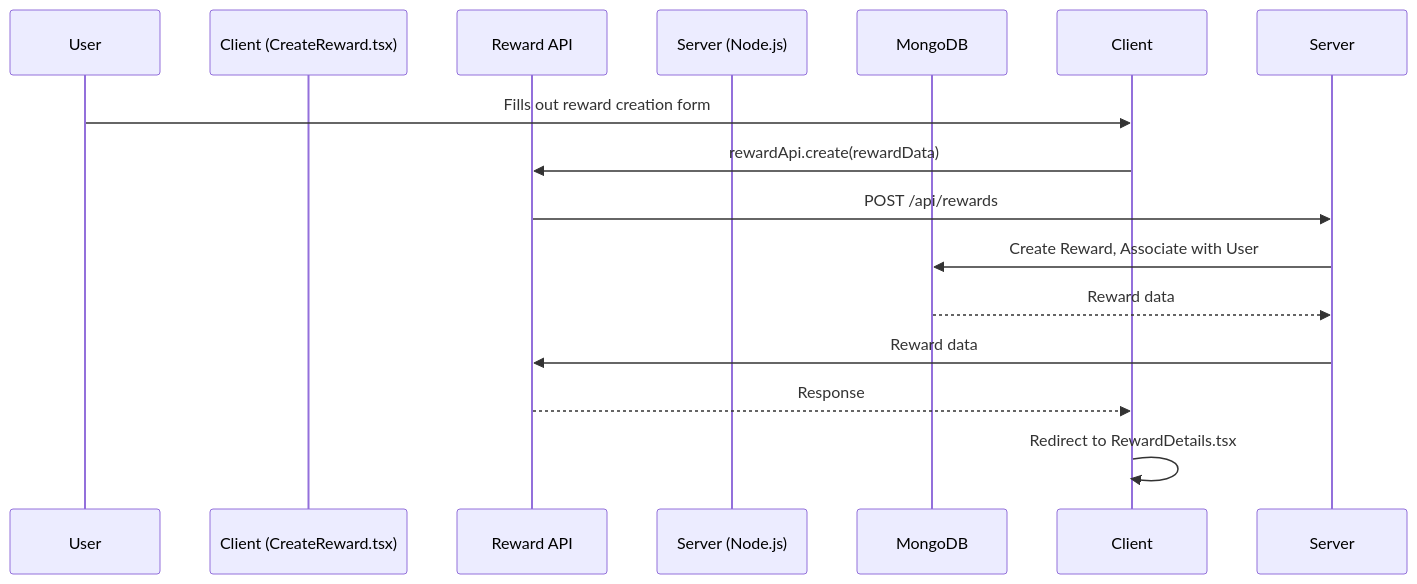
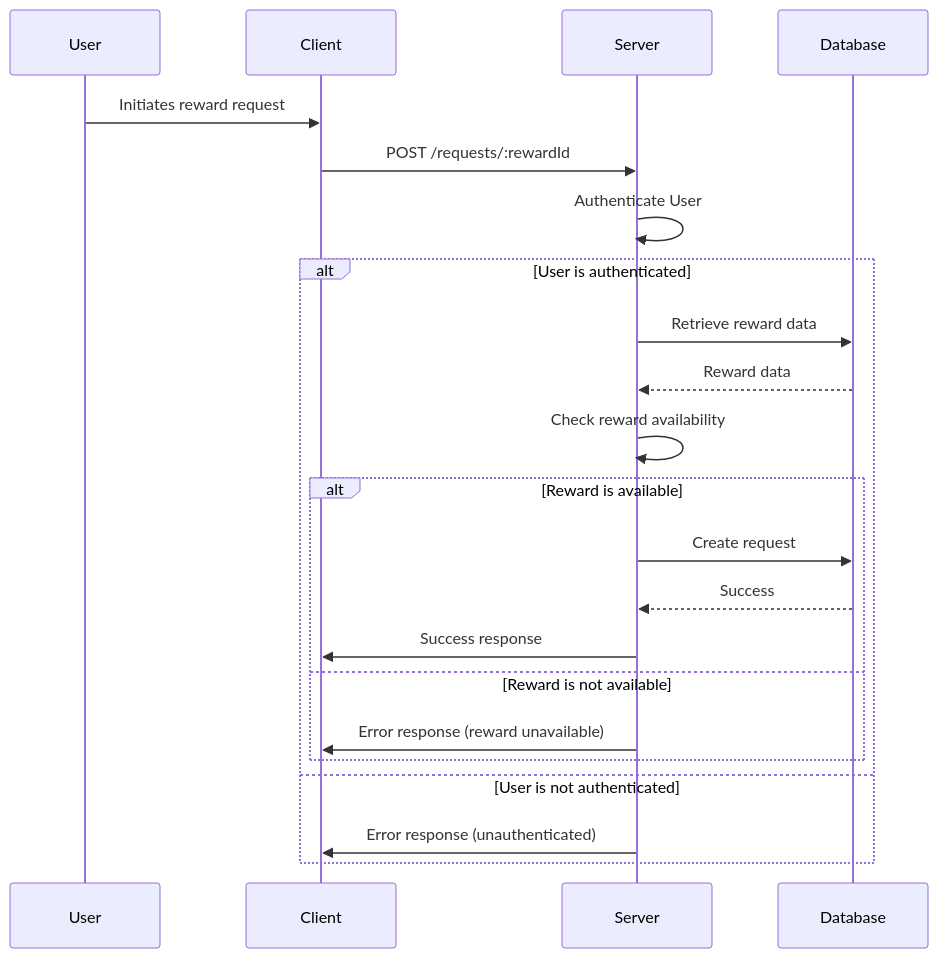
Before and after one commit to sreecharan-desu/reXa: the ninth of 12 diagrams in README.md, drawn with Mermaid. The commit also changed other lines of this file, not shown here.

````diff
--- a/README.md
+++ b/README.md
@@ -1625,17 +1111,25 @@
 ```mermaid
 sequenceDiagram
     participant User
-    participant Client (CreateReward.tsx)
-    participant Reward API
-    participant Server (Node.js)
-    participant MongoDB
+    participant Client
+    participant Server
+    participant Database
 
-    User->>Client: Fills out reward creation form
-    Client->>Reward API: rewardApi.create(rewardData)
-    Reward API->>Server: POST /api/rewards
-    Server->>MongoDB: Create Reward, Associate with User
-    MongoDB-->>Server: Reward data
-    Server->>Reward API: Reward data
-    Reward API-->>Client: Response
-    Client->>Client: Redirect to RewardDetails.tsx
+    User->>Client: Initiates reward request
+    Client->>Server: POST /requests/:rewardId
+    Server->>Server: Authenticate User
+    alt User is authenticated
+        Server->>Database: Retrieve reward data
+        Database-->>Server: Reward data
+        Server->>Server: Check reward availability
+        alt Reward is available
+            Server->>Database: Create request
+            Database-->>Server: Success
+            Server->>Client: Success response
+        else Reward is not available
+            Server->>Client: Error response (reward unavailable)
+        end
+    else User is not authenticated
+        Server->>Client: Error response (unauthenticated)
+    end
 ```
````
